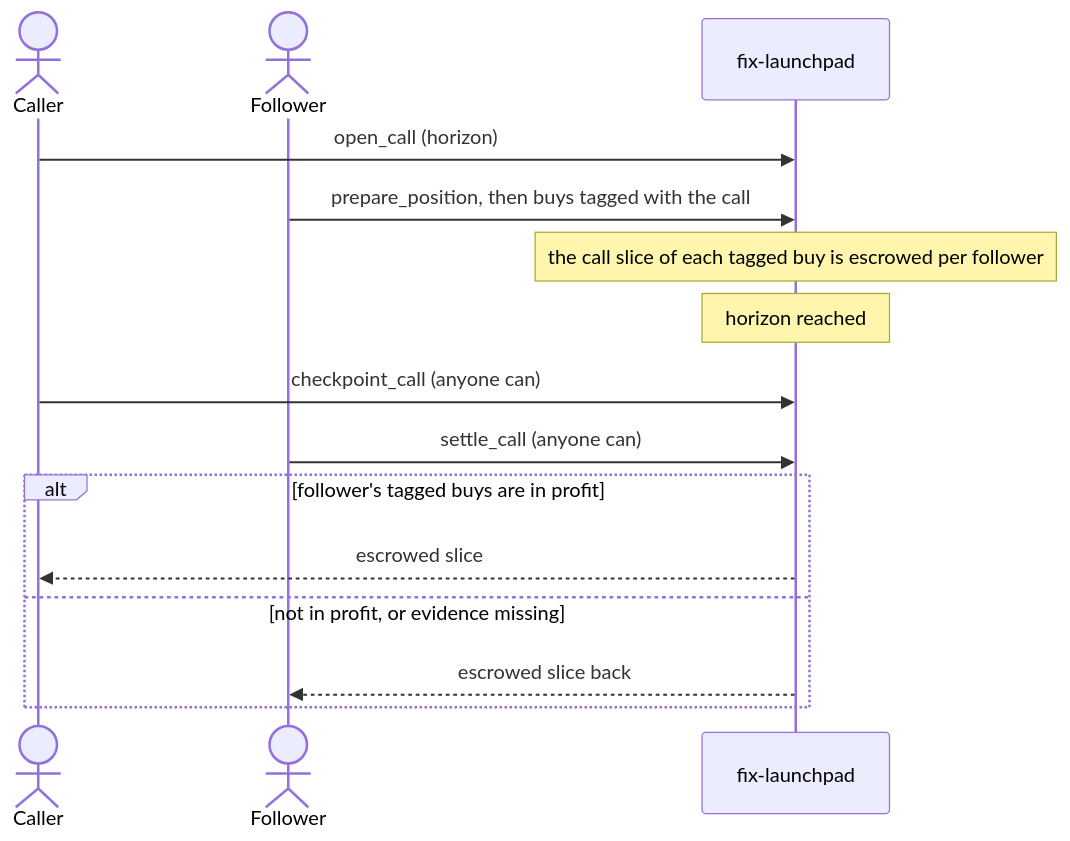
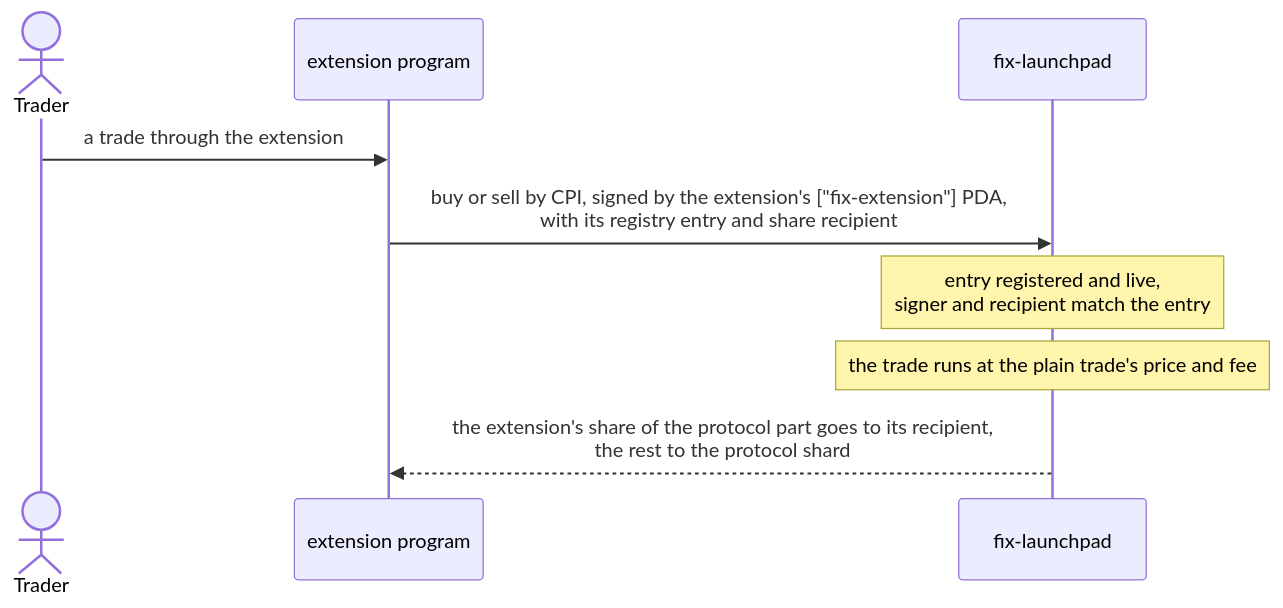
Before and after one commit to fixtheonchain/fix-solana: the second of 2 diagrams in README.md, drawn with Mermaid. The commit also changed other lines of this file and 16 other files, not shown here.

````diff
--- a/README.md
+++ b/README.md
@@ -48,17 +51,11 @@
 ```mermaid
 sequenceDiagram
-    actor Caller
-    actor Follower
+    actor Trader
+    participant ext as extension program
     participant fix as fix-launchpad
-    Caller->>fix: open_call (horizon)
-    Follower->>fix: prepare_position, then buys tagged with the call
-    Note over fix: the call slice of each tagged buy is escrowed per follower
-    Note over fix: horizon reached
-    Caller->>fix: checkpoint_call (anyone can)
-    Follower->>fix: settle_call (anyone can)
-    alt follower's tagged buys are in profit
-        fix-->>Caller: escrowed slice
-    else not in profit, or evidence missing
-        fix-->>Follower: escrowed slice back
-    end
+    Trader->>ext: a trade through the extension
+    ext->>fix: buy or sell by CPI, signed by the extension's ["fix-extension"] PDA,<br/>with its registry entry and share recipient
+    Note over fix: entry registered and live,<br/>signer and recipient match the entry
+    Note over fix: the trade runs at the plain trade's price and fee
+    fix-->>ext: the extension's share of the protocol part goes to its recipient,<br/>the rest to the protocol shard
 ```
````
